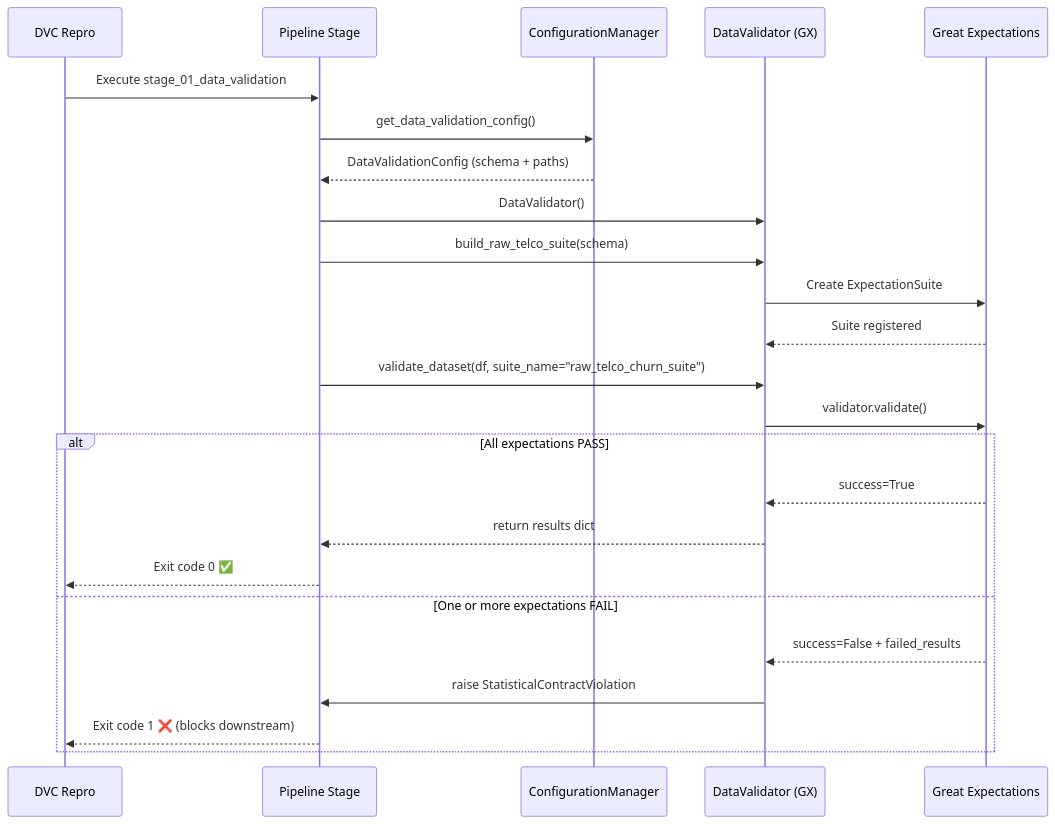
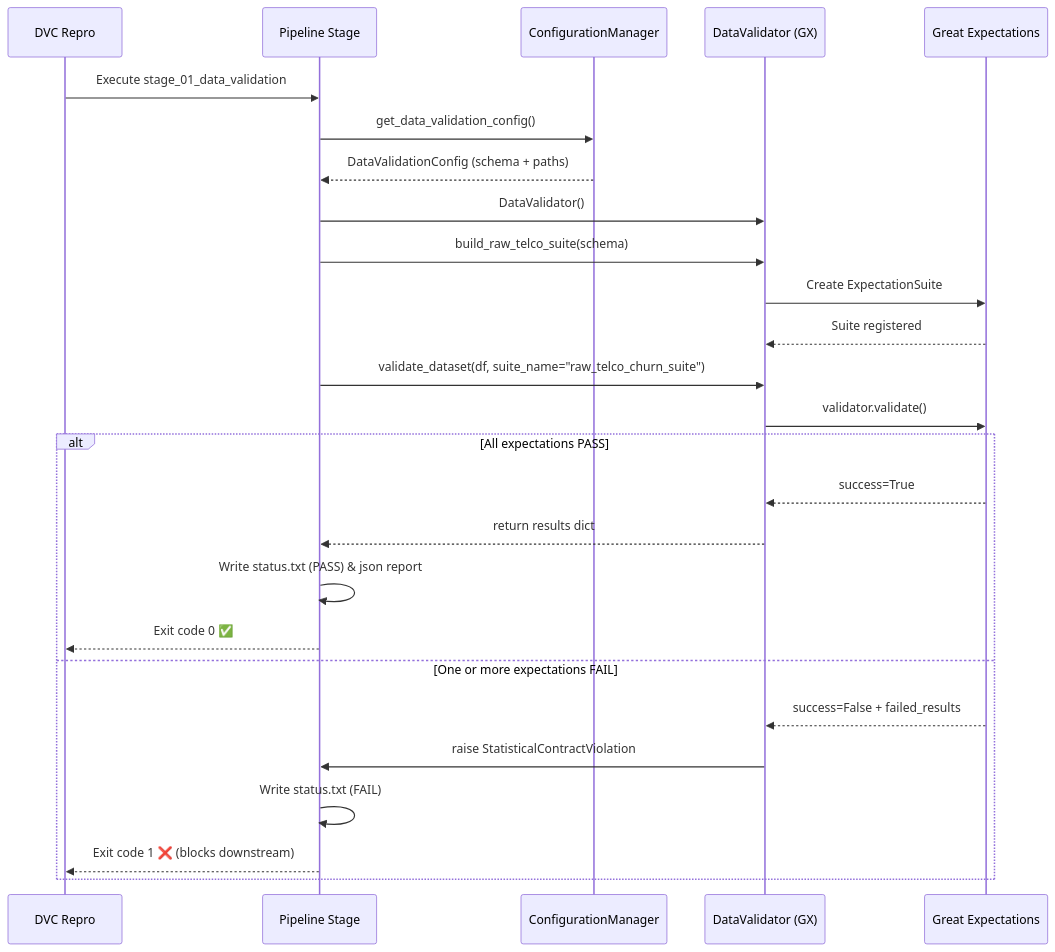
Before and after one commit to SebastianGarrido2790/ai-ml-telecom-customer-churn: the diagram in reports/docs/architecture/data_validation_gx.md, drawn with Mermaid. The commit also changed other lines of this file and 35 other files, not shown here.

Commit message:
docs: update architecture, dvc pipeline, and executive summary with validation artifacts

````diff
--- a/reports/docs/architecture/data_validation_gx.md
+++ b/reports/docs/architecture/data_validation_gx.md
@@ -164,27 +183,29 @@
 ```mermaid
 sequenceDiagram
     participant DVC as DVC Repro
     participant Stage as Pipeline Stage
     participant CM as ConfigurationManager
     participant DV as DataValidator (GX)
     participant GX as Great Expectations
 
     DVC->>Stage: Execute stage_01_data_validation
     Stage->>CM: get_data_validation_config()
     CM-->>Stage: DataValidationConfig (schema + paths)
     Stage->>DV: DataValidator()
     Stage->>DV: build_raw_telco_suite(schema)
     DV->>GX: Create ExpectationSuite
     GX-->>DV: Suite registered
     Stage->>DV: validate_dataset(df, suite_name="raw_telco_churn_suite")
     DV->>GX: validator.validate()
     alt All expectations PASS
         GX-->>DV: success=True
         DV-->>Stage: return results dict
+        Stage->>Stage: Write status.txt (PASS) & json report
         Stage-->>DVC: Exit code 0 ✅
     else One or more expectations FAIL
         GX-->>DV: success=False + failed_results
         DV->>Stage: raise StatisticalContractViolation
+        Stage->>Stage: Write status.txt (FAIL)
         Stage-->>DVC: Exit code 1 ❌ (blocks downstream)
     end
 ```
````
